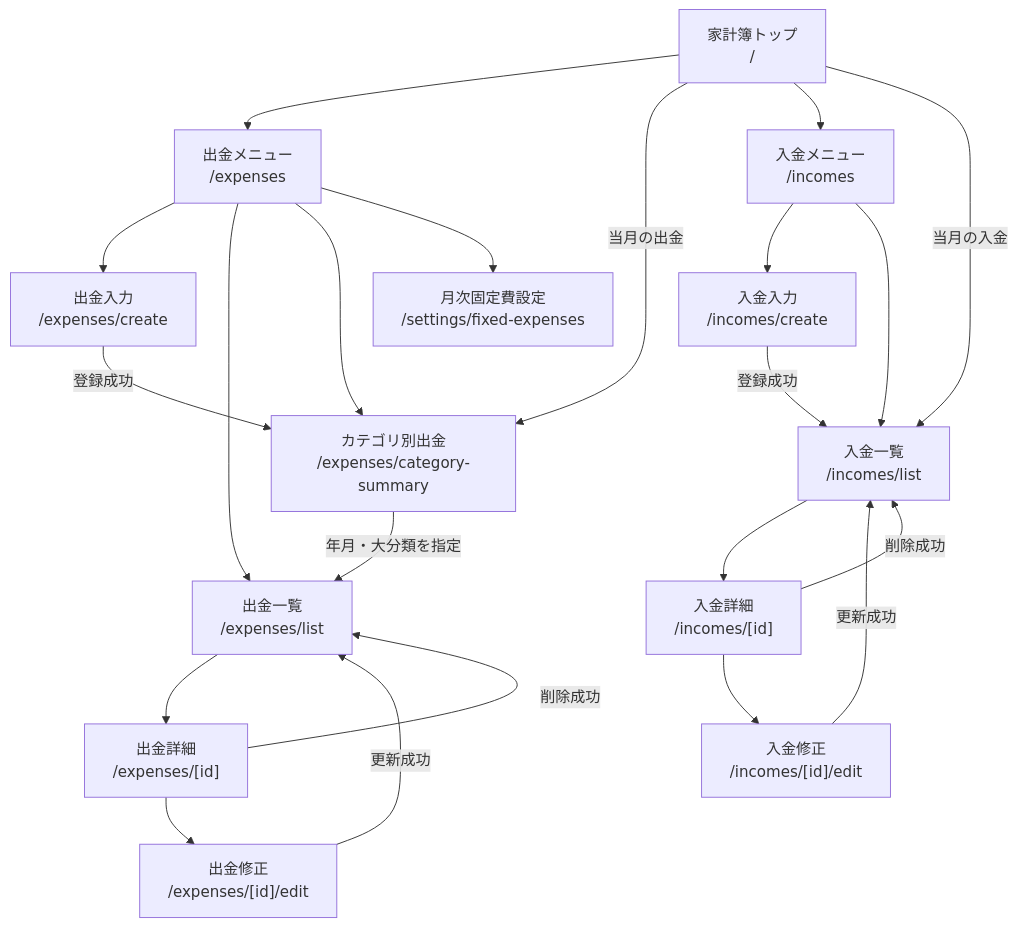
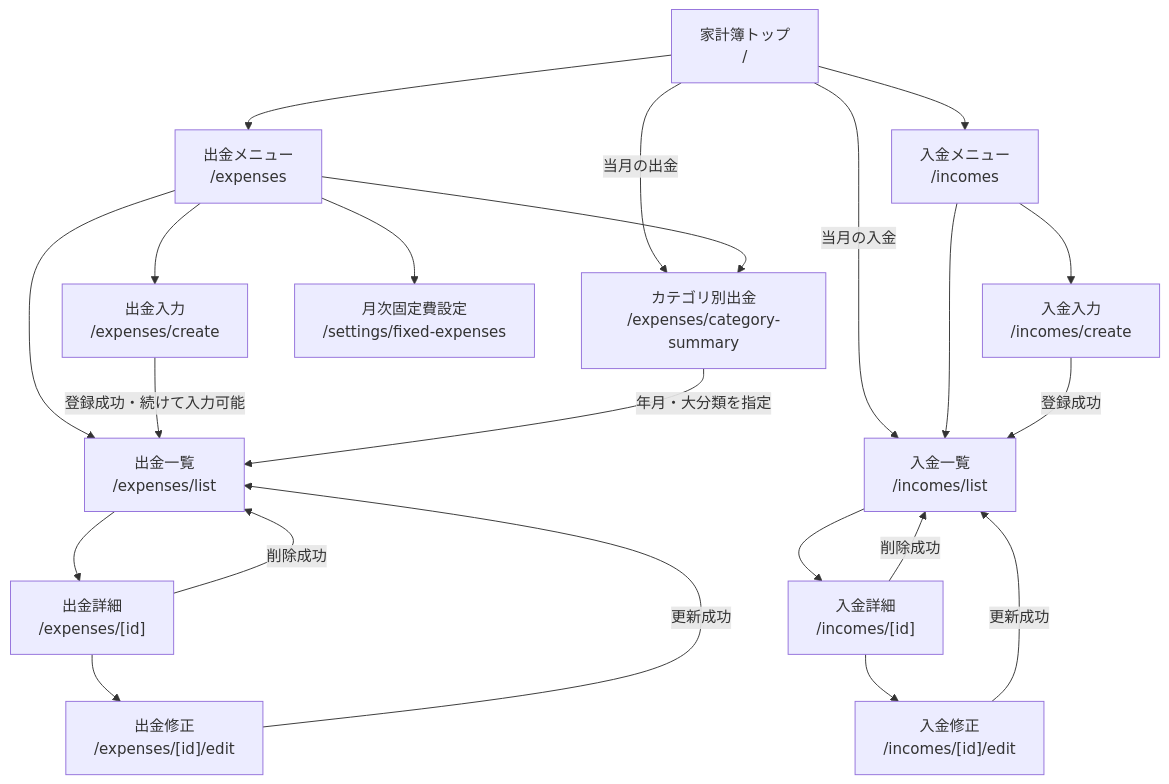
Before and after one commit to sub-law/kakeibo-mobile-front: the second of 4 diagrams in docs/screen-flow.md, drawn with Mermaid. The commit also changed 5 other files, not shown here.

````diff
--- a/docs/screen-flow.md
+++ b/docs/screen-flow.md
@@ -34,26 +34,26 @@
 ```mermaid
 flowchart TD
     Home["家計簿トップ<br/>/"] --> ExpenseMenu["出金メニュー<br/>/expenses"]
     Home -->|当月の出金| ExpenseSummary["カテゴリ別出金<br/>/expenses/category-summary"]
 
     ExpenseMenu --> ExpenseCreate["出金入力<br/>/expenses/create"]
     ExpenseMenu --> ExpenseList["出金一覧<br/>/expenses/list"]
     ExpenseMenu --> ExpenseSummary
     ExpenseMenu --> FixedMenu["月次固定費設定<br/>/settings/fixed-expenses"]
-    ExpenseCreate -->|登録成功| ExpenseSummary
+    ExpenseCreate -->|登録成功・続けて入力可能| ExpenseList
     ExpenseSummary -->|年月・大分類を指定| ExpenseList
     ExpenseList --> ExpenseDetail["出金詳細<br/>/expenses/[id]"]
     ExpenseDetail --> ExpenseEdit["出金修正<br/>/expenses/[id]/edit"]
     ExpenseDetail -->|削除成功| ExpenseList
     ExpenseEdit -->|更新成功| ExpenseList
 
     Home --> IncomeMenu["入金メニュー<br/>/incomes"]
     Home -->|当月の入金| IncomeList["入金一覧<br/>/incomes/list"]
     IncomeMenu --> IncomeCreate["入金入力<br/>/incomes/create"]
     IncomeMenu --> IncomeList
     IncomeCreate -->|登録成功| IncomeList
     IncomeList --> IncomeDetail["入金詳細<br/>/incomes/[id]"]
     IncomeDetail --> IncomeEdit["入金修正<br/>/incomes/[id]/edit"]
     IncomeDetail -->|削除成功| IncomeList
     IncomeEdit -->|更新成功| IncomeList
 ```
````
